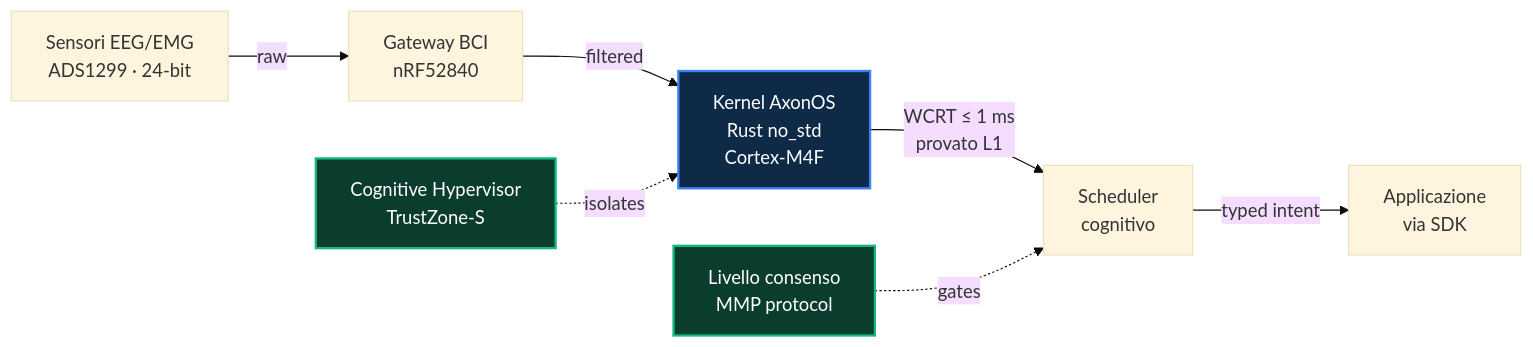
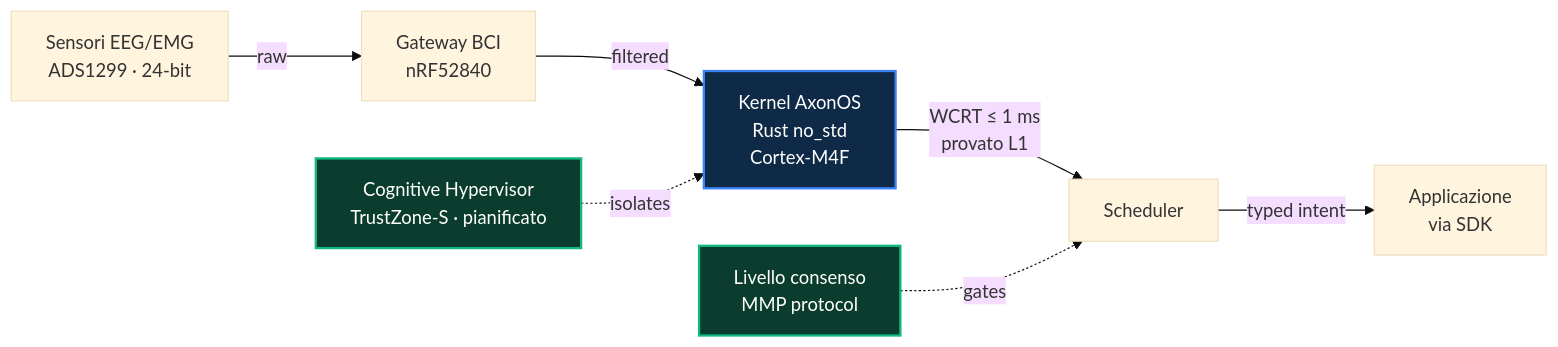
Before and after one commit to AxonOS-org/.github: the diagram in profile/README.it.md, drawn with Mermaid (base theme). The commit also changed other lines of this file and 16 other files, not shown here.

````diff
--- a/profile/README.it.md
+++ b/profile/README.it.md
@@ -121,14 +124,14 @@
 ```mermaid
 flowchart LR
     A[Sensori EEG/EMG<br/>ADS1299 · 24-bit] -->|raw| B[Gateway BCI<br/>nRF52840]
     B -->|filtered| C[Kernel AxonOS<br/>Rust no_std<br/>Cortex-M4F]
-    C -->|"WCRT ≤ 1 ms<br/>provato L1"| D[Scheduler<br/>cognitivo]
+    C -->|"WCRT ≤ 1 ms<br/>provato L1"| D[Scheduler]
     D -->|typed intent| E[Applicazione<br/>via SDK]
-    F[Cognitive Hypervisor<br/>TrustZone-S] -.->|isolates| C
+    F[Cognitive Hypervisor<br/>TrustZone-S · pianificato] -.->|isolates| C
     G[Livello consenso<br/>MMP protocol] -.->|gates| D
 
     classDef kernel fill:#0e2a47,stroke:#3b82f6,color:#fff,stroke-width:2px
     classDef secure fill:#0a3d2e,stroke:#10b981,color:#fff,stroke-width:2px
     class C kernel
     class F,G secure
 ```
````
